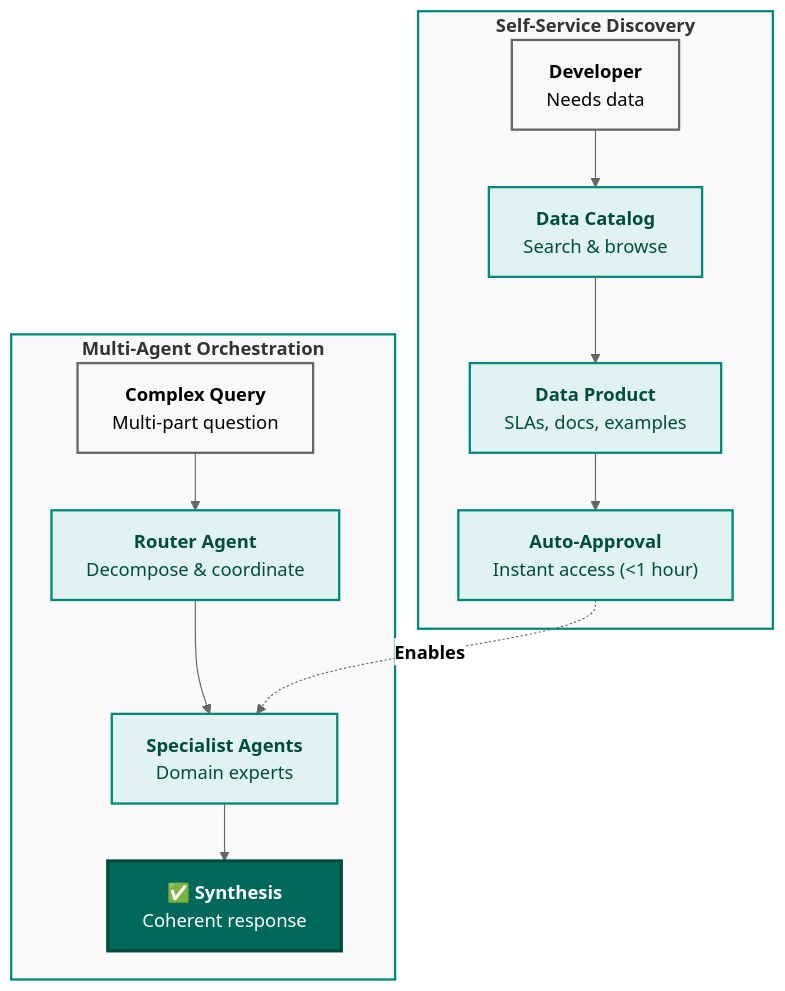
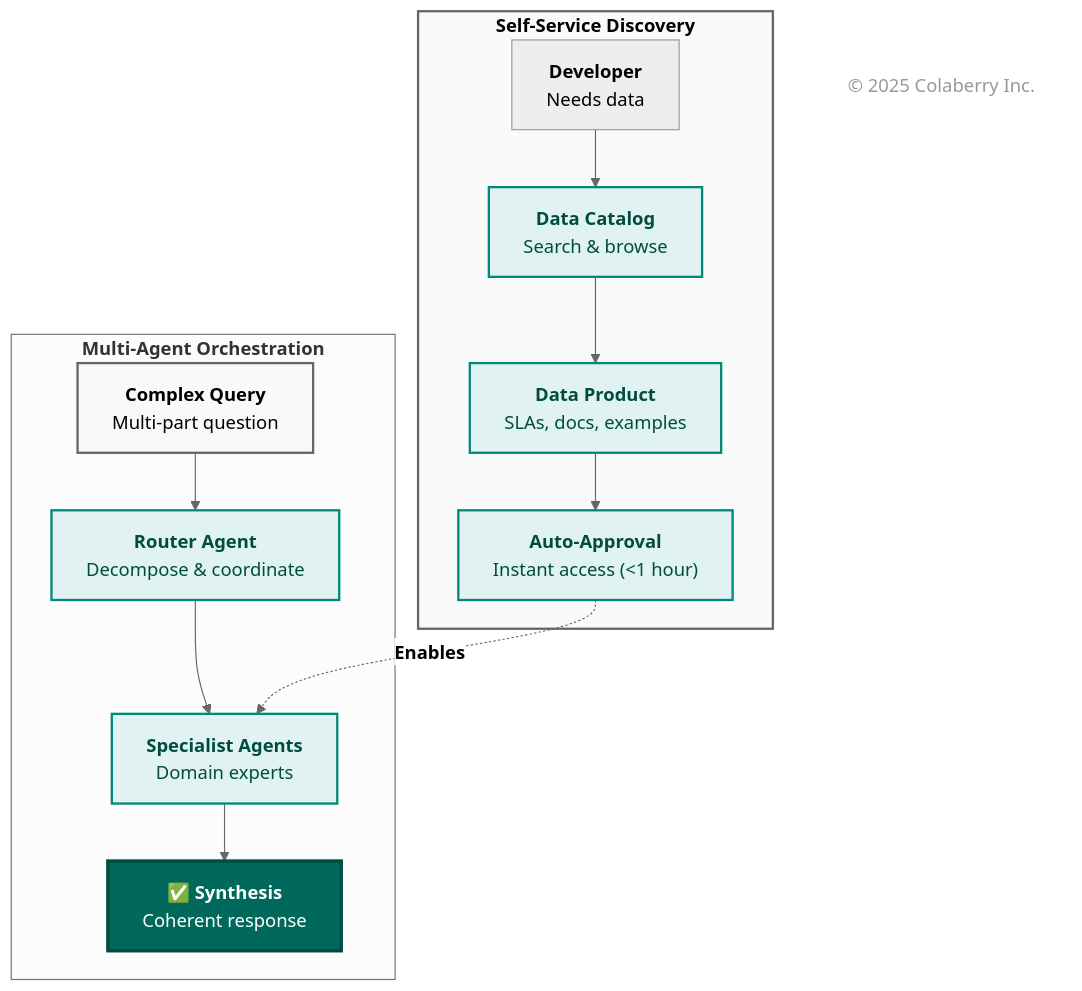
One commit to colaberry/enterprise-data-readiness-ai-agents changed diagram 12 of 16 in chapter-01/chapter_1_complete.md. Above: the diagram before and after it, drawn with Mermaid (neutral theme). The commit also changed other lines of this file, not shown here.

````diff
--- a/chapter-01/chapter_1_complete.md
+++ b/chapter-01/chapter_1_complete.md
@@ -1781,37 +1819,40 @@
 ```mermaid
 graph TB
     subgraph discovery["<b>Self-Service Discovery</b>"]
         DEV["<b>Developer</b><br/>Needs data"]
         CAT["<b>Data Catalog</b><br/>Search & browse"]
         PROD["<b>Data Product</b><br/>SLAs, docs, examples"]
         ACCESS["<b>Auto-Approval</b><br/>Instant access (<1 hour)"]
     end
     
     subgraph orchestration["<b>Multi-Agent Orchestration</b>"]
         QUERY["<b>Complex Query</b><br/>Multi-part question"]
         ROUTER["<b>Router Agent</b><br/>Decompose & coordinate"]
         SPEC["<b>Specialist Agents</b><br/>Domain experts"]
         SYNTH["<b>✅ Synthesis</b><br/>Coherent response"]
     end
     
     DEV --> CAT
     CAT --> PROD
     PROD --> ACCESS
     
     QUERY --> ROUTER
     ROUTER --> SPEC
     SPEC --> SYNTH
     
     ACCESS -.->|"<b>Enables</b>"| SPEC
     
-    style discovery fill:#fafafa,stroke:#00897b,stroke-width:2px
-    style orchestration fill:#fafafa,stroke:#00897b,stroke-width:2px
-    style DEV fill:#f9f9f9,stroke:#666666,stroke-width:2px,color:#000000
+    style discovery fill:#fafafa,stroke:#00897b,stroke-width:2px,color:#000000    style orchestration fill:#fafafa,stroke:#00897b,stroke-width:2px,color:#000000    style DEV fill:#f9f9f9,stroke:#666666,stroke-width:2px,color:#000000
     style CAT fill:#e0f2f1,stroke:#00897b,stroke-width:2px,color:#004d40
     style PROD fill:#e0f2f1,stroke:#00897b,stroke-width:2px,color:#004d40
     style ACCESS fill:#e0f2f1,stroke:#00897b,stroke-width:2px,color:#004d40
     style QUERY fill:#f9f9f9,stroke:#666666,stroke-width:2px,color:#000000
     style ROUTER fill:#e0f2f1,stroke:#00897b,stroke-width:2px,color:#004d40
     style SPEC fill:#e0f2f1,stroke:#00897b,stroke-width:2px,color:#004d40
+
+    %% Copyright Notice
+    CR["© 2025 Colaberry Inc."]
+
     style SYNTH fill:#00695c,color:#ffffff,stroke:#004d40,stroke-width:3px
+    style CR fill:none,stroke:none,color:#999999
 ```
````
